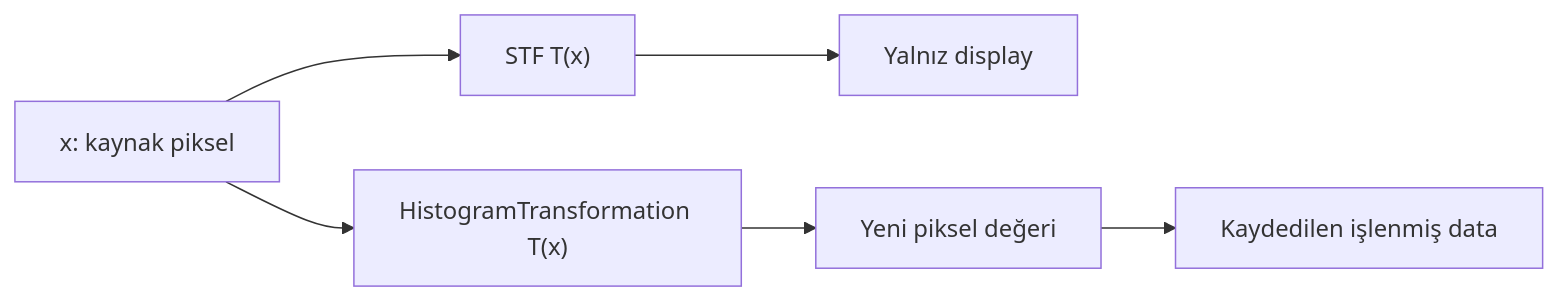
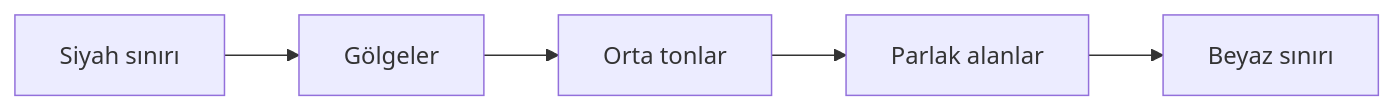
One commit to esenbaytekin/PixInsight-Master-Guide changed the diagram in docs/02-pixinsight-temelleri/histogram.md. Above: the diagram before and after it, drawn with Mermaid. The commit also changed other lines of this file and 22 other files, not shown here.

````diff
--- a/docs/02-pixinsight-temelleri/histogram.md
+++ b/docs/02-pixinsight-temelleri/histogram.md
@@ -21,8 +24,7 @@
 ```mermaid
 flowchart LR
-    X["x: kaynak piksel"] --> S["STF T(x)"]
-    S --> DISP["Yalnız display"]
-    X --> H["HistogramTransformation T(x)"]
-    H --> NEW["Yeni piksel değeri"]
-    NEW --> FILE["Kaydedilen işlenmiş data"]
+    black["Siyah sınırı"] --> shadows["Gölgeler"]
+    shadows --> midtones["Orta tonlar"]
+    midtones --> highlights["Parlak alanlar"]
+    highlights --> white["Beyaz sınırı"]
 ```
````
